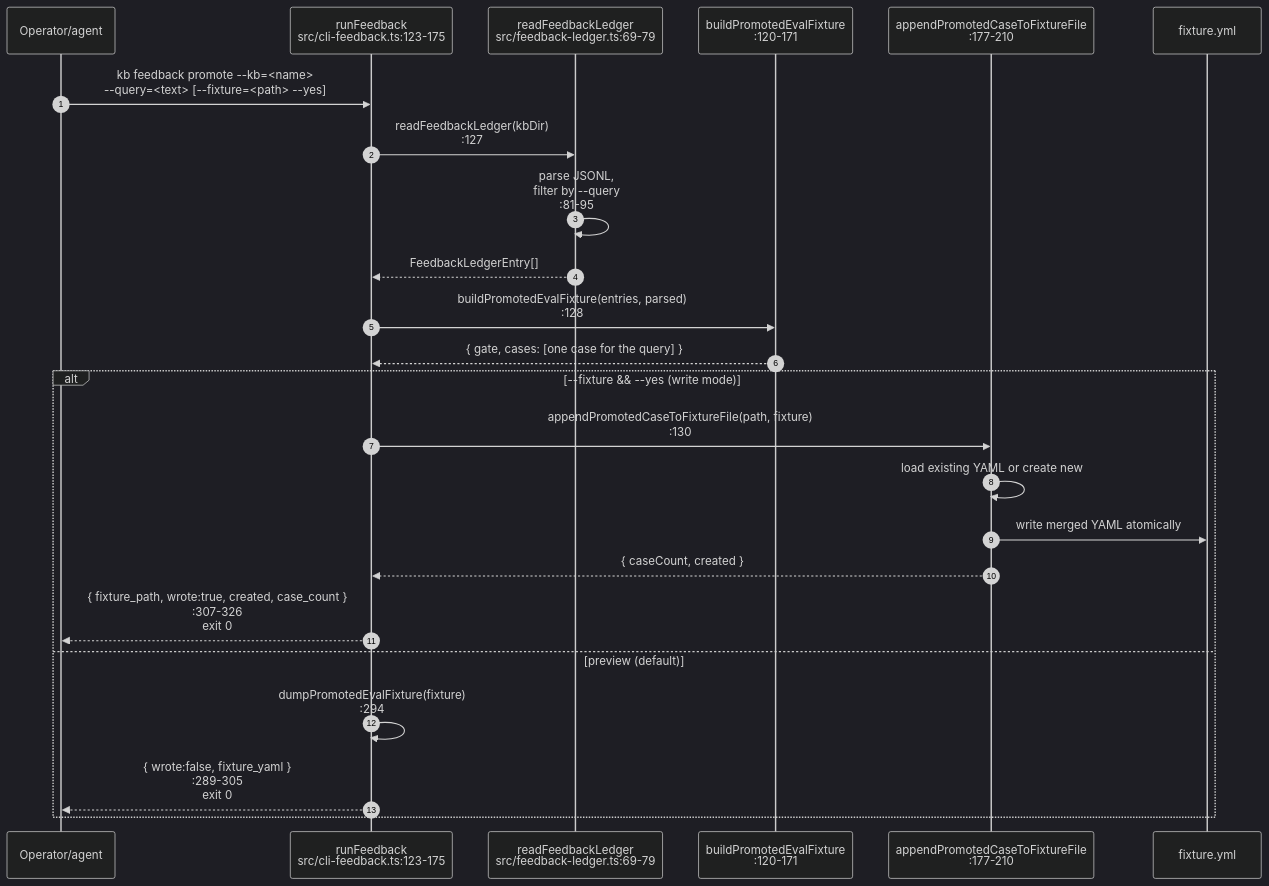
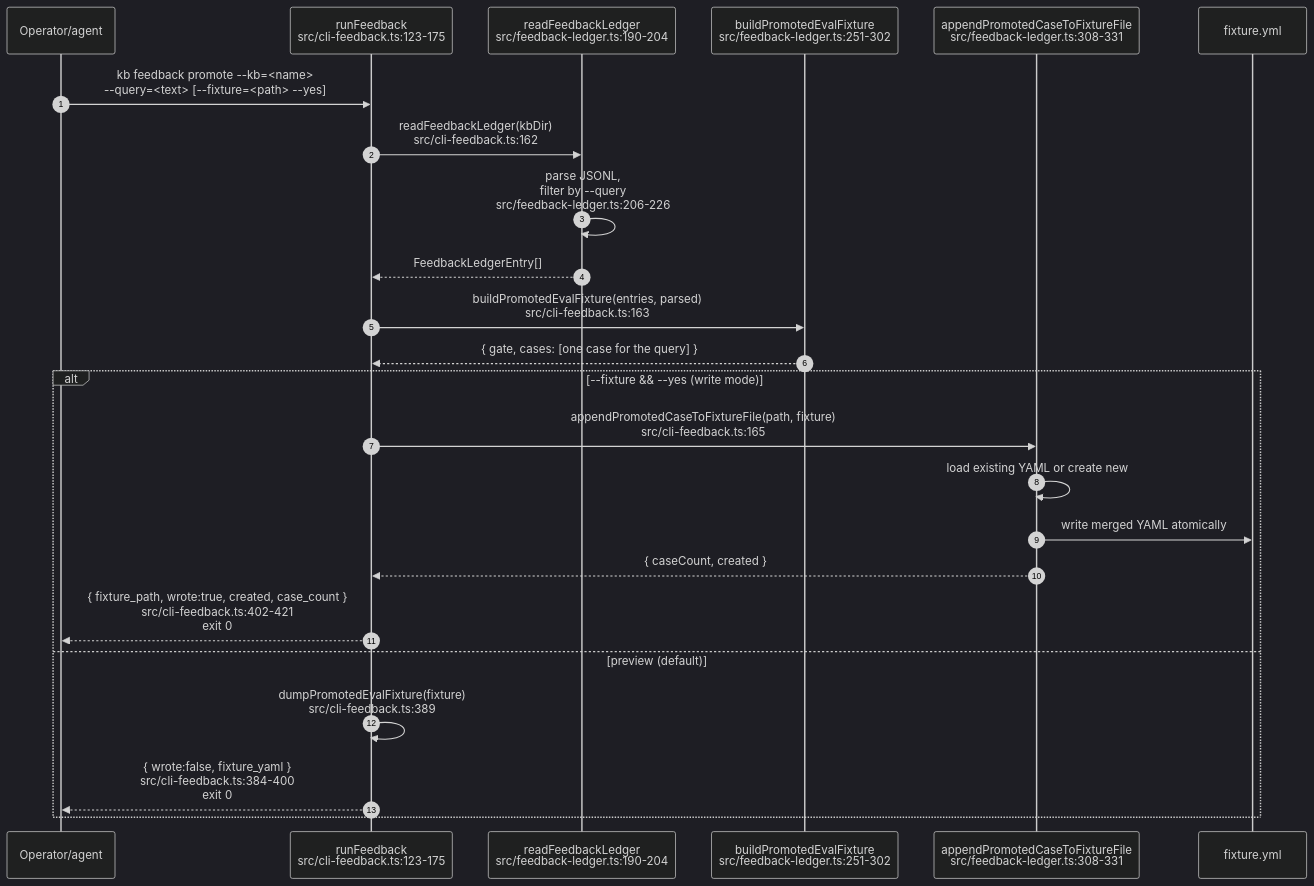
One commit to jeanibarz/knowledge-base-mcp-server changed the second of 2 diagrams in docs/architecture/sequence-feedback-promote.md. Above: the diagram before and after it, drawn with Mermaid (dark theme). The commit also changed other lines of this file and 2 other files, not shown here.

Commit message:
fix(feedback): pin group count order; correct summary doc example and anchors
Review of #1320 found the group_counts primary sort key untested (deleting
it left the suite green), the JSON example listing tied sources against the
documented source-ascending tiebreak, and the promote sequence doc's line
anchors pointing at pre-change lines. The anchor checker only rejects
out-of-range lines, so it could not catch the drift.

````diff
--- a/docs/architecture/sequence-feedback-promote.md
+++ b/docs/architecture/sequence-feedback-promote.md
@@ -47,28 +47,28 @@
 ```mermaid
 sequenceDiagram
   autonumber
   participant Op as Operator/agent
   participant Cli as runFeedback<br/>src/cli-feedback.ts:123-175
-  participant Read as readFeedbackLedger<br/>src/feedback-ledger.ts:69-79
-  participant Build as buildPromotedEvalFixture<br/>:120-171
-  participant Append as appendPromotedCaseToFixtureFile<br/>:177-210
+  participant Read as readFeedbackLedger<br/>src/feedback-ledger.ts:190-204
+  participant Build as buildPromotedEvalFixture<br/>src/feedback-ledger.ts:251-302
+  participant Append as appendPromotedCaseToFixtureFile<br/>src/feedback-ledger.ts:308-331
   participant FS as fixture.yml
 
   Op->>Cli: kb feedback promote --kb=<name><br/>--query=<text> [--fixture=<path> --yes]
-  Cli->>Read: readFeedbackLedger(kbDir)<br/>:127
-  Read->>Read: parse JSONL,<br/>filter by --query<br/>:81-95
+  Cli->>Read: readFeedbackLedger(kbDir)<br/>src/cli-feedback.ts:162
+  Read->>Read: parse JSONL,<br/>filter by --query<br/>src/feedback-ledger.ts:206-226
   Read-->>Cli: FeedbackLedgerEntry[]
-  Cli->>Build: buildPromotedEvalFixture(entries, parsed)<br/>:128
+  Cli->>Build: buildPromotedEvalFixture(entries, parsed)<br/>src/cli-feedback.ts:163
   Build-->>Cli: { gate, cases: [one case for the query] }
 
   alt --fixture && --yes (write mode)
-    Cli->>Append: appendPromotedCaseToFixtureFile(path, fixture)<br/>:130
+    Cli->>Append: appendPromotedCaseToFixtureFile(path, fixture)<br/>src/cli-feedback.ts:165
     Append->>Append: load existing YAML or create new
     Append->>FS: write merged YAML atomically
     Append-->>Cli: { caseCount, created }
-    Cli-->>Op: { fixture_path, wrote:true, created, case_count }<br/>:307-326<br/>exit 0
+    Cli-->>Op: { fixture_path, wrote:true, created, case_count }<br/>src/cli-feedback.ts:402-421<br/>exit 0
   else preview (default)
-    Cli->>Cli: dumpPromotedEvalFixture(fixture)<br/>:294
-    Cli-->>Op: { wrote:false, fixture_yaml }<br/>:289-305<br/>exit 0
+    Cli->>Cli: dumpPromotedEvalFixture(fixture)<br/>src/cli-feedback.ts:389
+    Cli-->>Op: { wrote:false, fixture_yaml }<br/>src/cli-feedback.ts:384-400<br/>exit 0
   end
 ```
````
